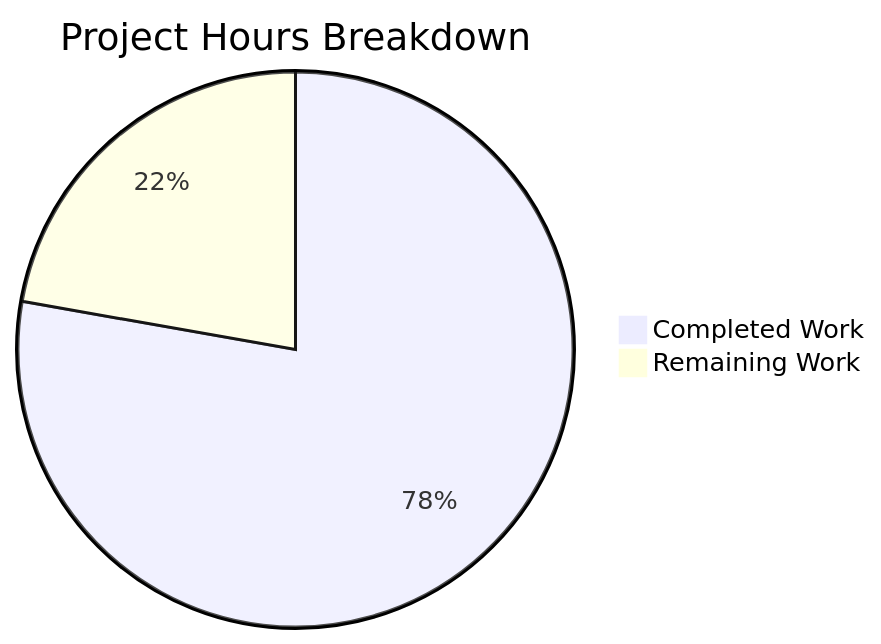
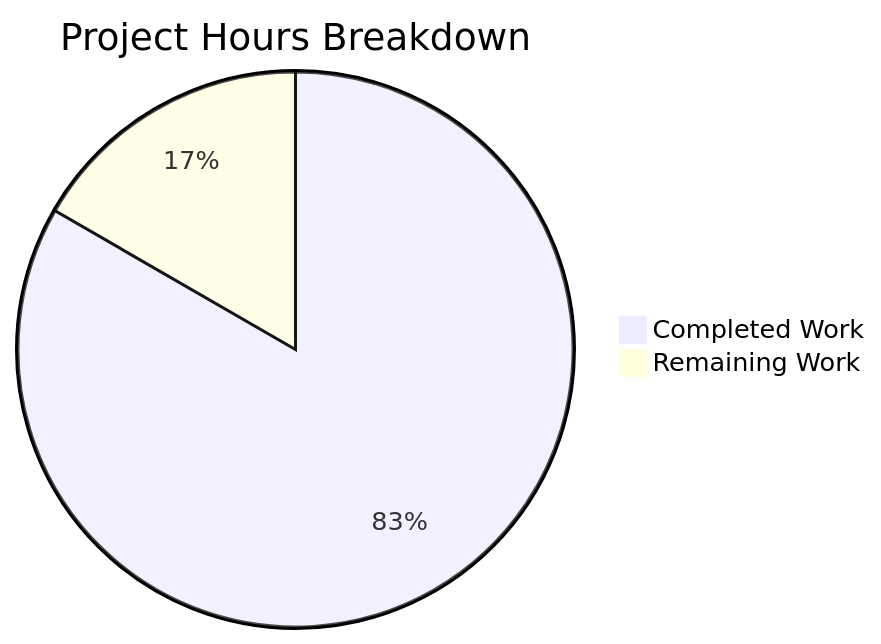
The second of 2 diagrams in blitzy/documentation/Project Guide.md (TestadoBlitzy/Existing-product), drawn with Mermaid before and after one commit. The commit also changed other lines of this file, not shown here.

````diff
--- a/blitzy/documentation/Project Guide.md
+++ b/blitzy/documentation/Project Guide.md
@@ -203,5 +176,5 @@
 ```mermaid
 pie title Project Hours Breakdown
-    "Completed Work" : 7
+    "Completed Work" : 10
     "Remaining Work" : 2
 ```
````
